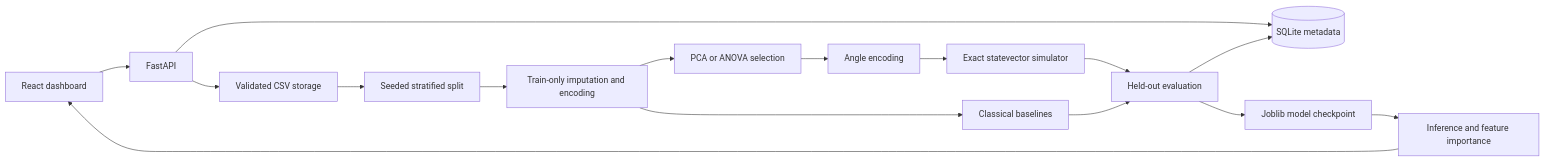
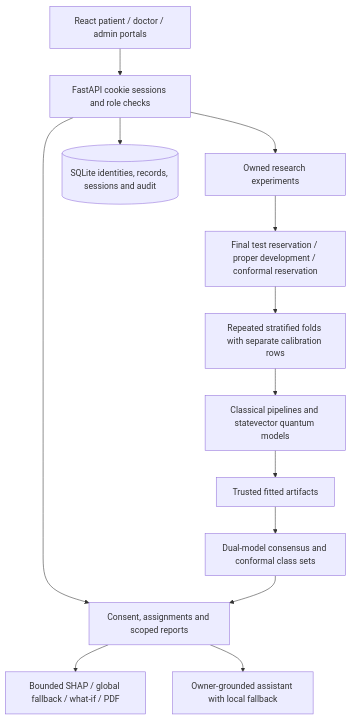
One commit to strkarthigeyan9600/qura changed the diagram in README.md. Above: the diagram before and after it, drawn with Mermaid. The commit also changed other lines of this file and 47 other files, not shown here.

Commit message:
test: verify role portals, isolate browser demos and document measured results

````diff
--- a/README.md
+++ b/README.md
@@ -27,18 +48,15 @@
 ```mermaid
-flowchart LR
-    UI[React dashboard] --> API[FastAPI]
-    API --> DB[(SQLite metadata)]
-    API --> DATA[Validated CSV storage]
-    DATA --> SPLIT[Seeded stratified split]
-    SPLIT --> PRE[Train-only imputation and encoding]
-    PRE --> CLASSICAL[Classical baselines]
-    PRE --> REDUCE[PCA or ANOVA selection]
-    REDUCE --> ANGLE[Angle encoding]
-    ANGLE --> QML[Exact statevector simulator]
-    QML --> EVAL[Held-out evaluation]
-    CLASSICAL --> EVAL
-    EVAL --> ARTIFACT[Joblib model checkpoint]
-    EVAL --> DB
-    ARTIFACT --> INFER[Inference and feature importance]
-    INFER --> UI
+flowchart TD
+    UI[React patient / doctor / admin portals] --> AUTH[FastAPI cookie sessions and role checks]
+    AUTH --> CLINICAL[Consent, assignments and scoped reports]
+    AUTH --> TRAIN[Owned research experiments]
+    TRAIN --> SPLIT[Final test reservation / proper development / conformal reservation]
+    SPLIT --> CV[Repeated stratified folds with separate calibration rows]
+    CV --> ML[Classical pipelines and statevector quantum models]
+    ML --> ART[Trusted fitted artifacts]
+    ART --> CONS[Dual-model consensus and conformal class sets]
+    CONS --> CLINICAL
+    CLINICAL --> EXPLAIN[Bounded SHAP / global fallback / what-if / PDF]
+    CLINICAL --> CHAT[Owner-grounded assistant with local fallback]
+    AUTH --> DB[(SQLite identities, records, sessions and audit)]
 ```
````
